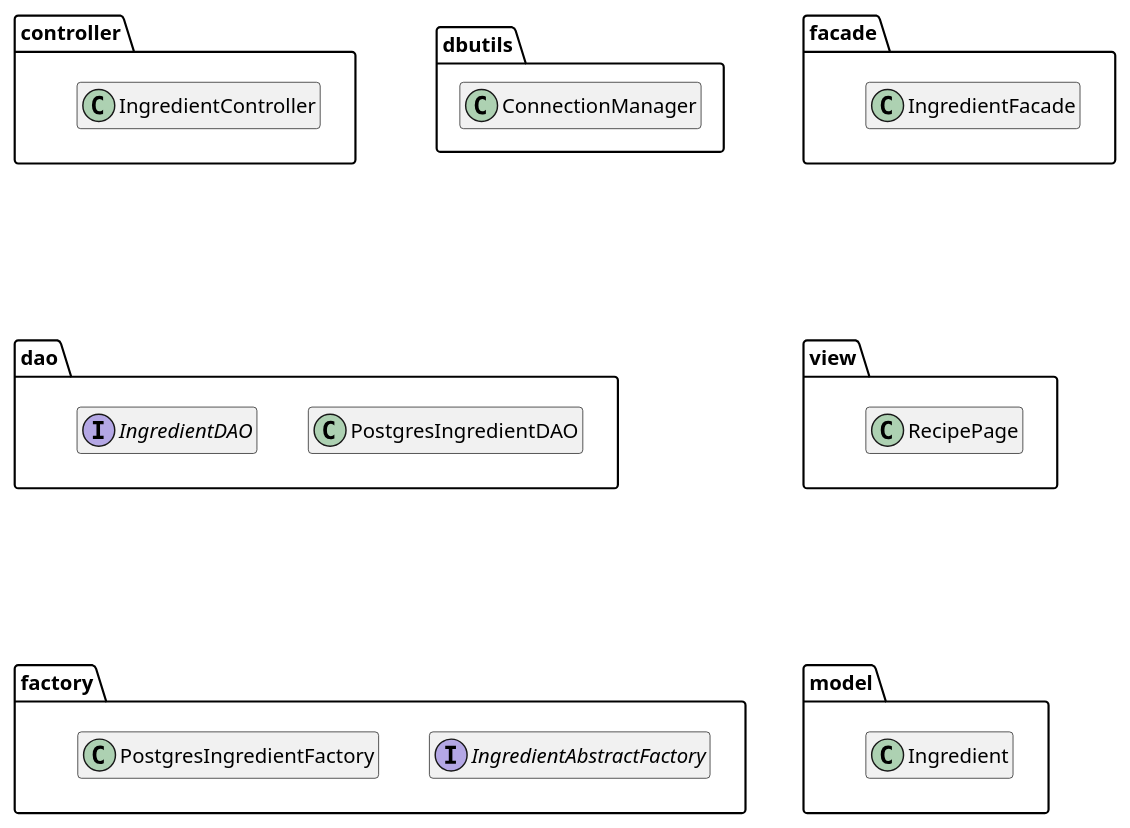
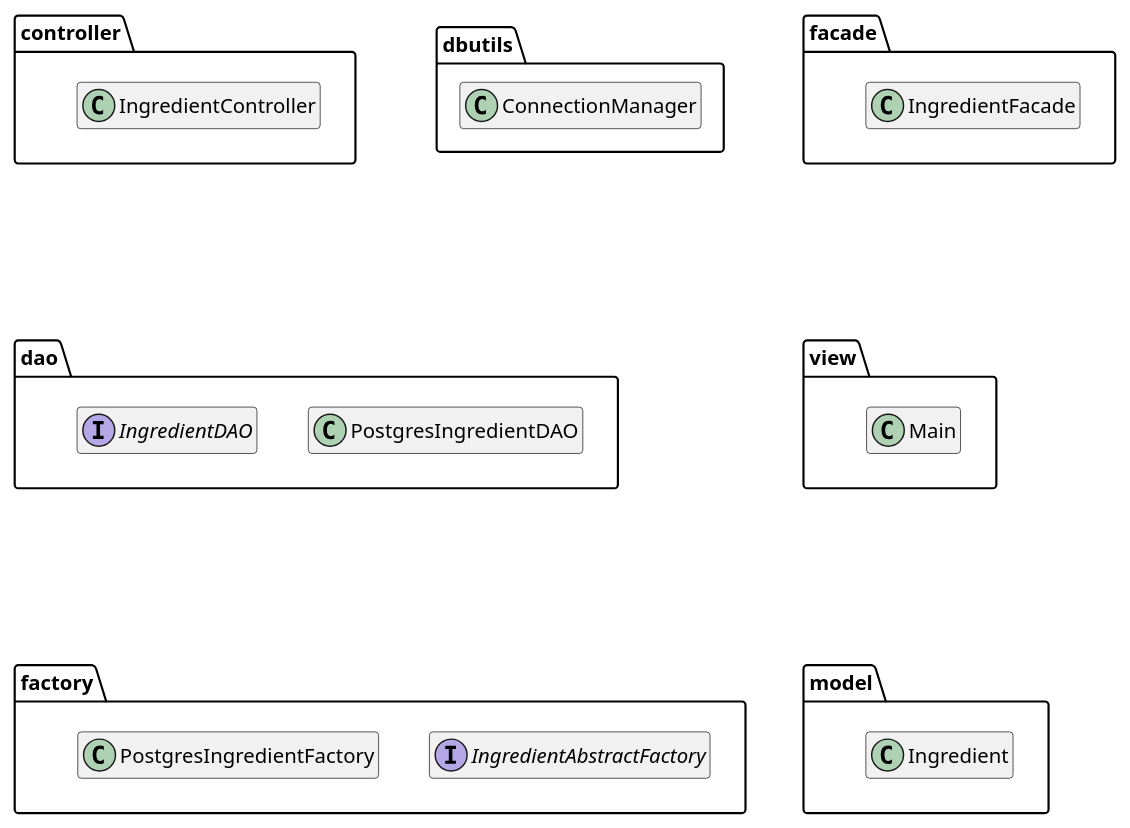
Before and after one commit to iusildra/WineCellar: the diagram in doc/reports/prototype/plantuml/IngredientManagement/packageDiagramIngredient.plantuml, drawn with PlantUML. The commit also changed 3 other files, not shown here.

```diff
--- a/doc/reports/prototype/plantuml/IngredientManagement/packageDiagramIngredient.plantuml
+++ b/doc/reports/prototype/plantuml/IngredientManagement/packageDiagramIngredient.plantuml
@@ -1,39 +1,38 @@
 @startuml packageDiagram
 
 hide empty members
 package  controller{
   class IngredientController
 }
 
 package dao{
   class PostgresIngredientDAO
   interface IngredientDAO
 }
 
 package dbutils{
   class ConnectionManager
 }
 
 package facade{
   class IngredientFacade
 }
 
 package factory{
   interface IngredientAbstractFactory
   class PostgresIngredientFactory
 }
 
 package model{
   class Ingredient
 }
 
-' less generic name
 package view{
-  class RecipePage
+  class Main
 }
 controller  --[hidden]d-- dao
 facade      --[hidden]d-- view
 dao         --[hidden]d-- factory
 view        --[hidden]d-- model
 
 @enduml
```
